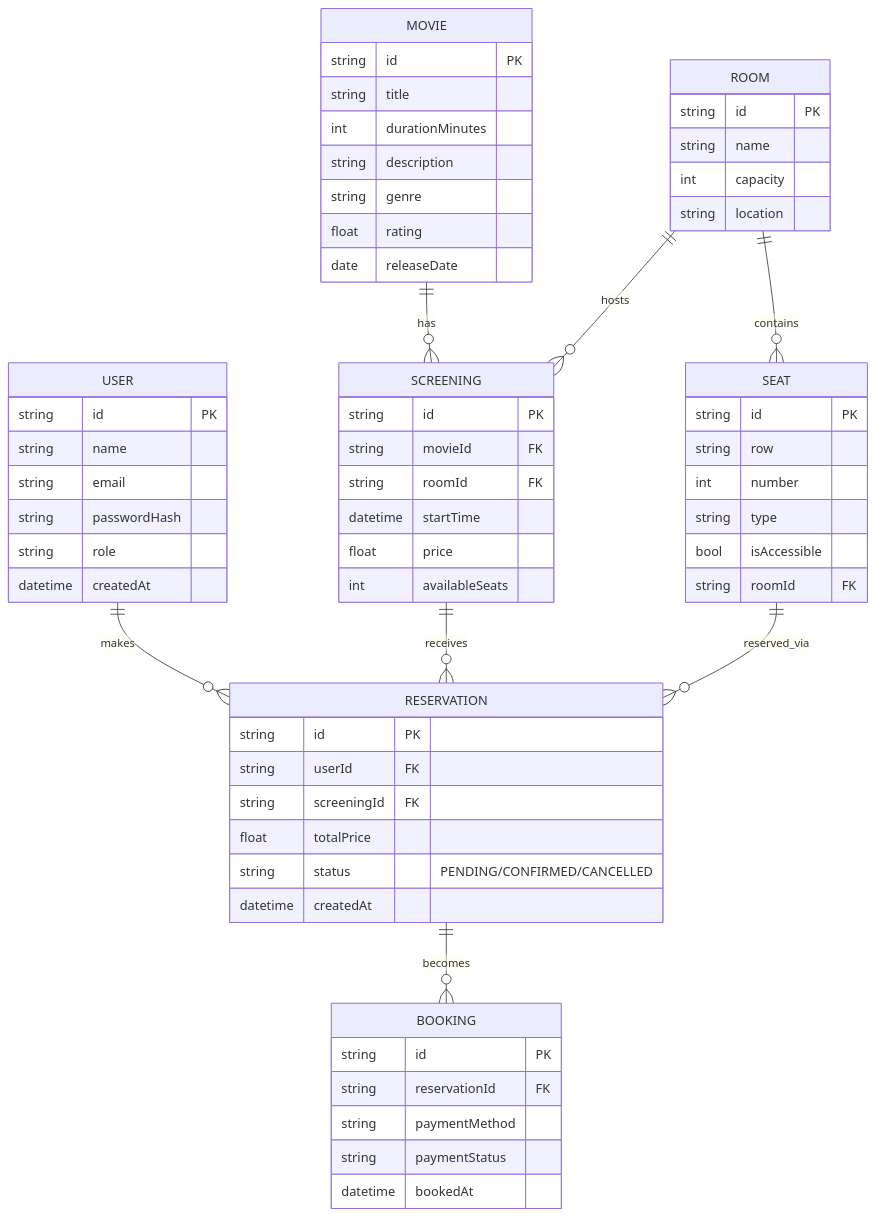
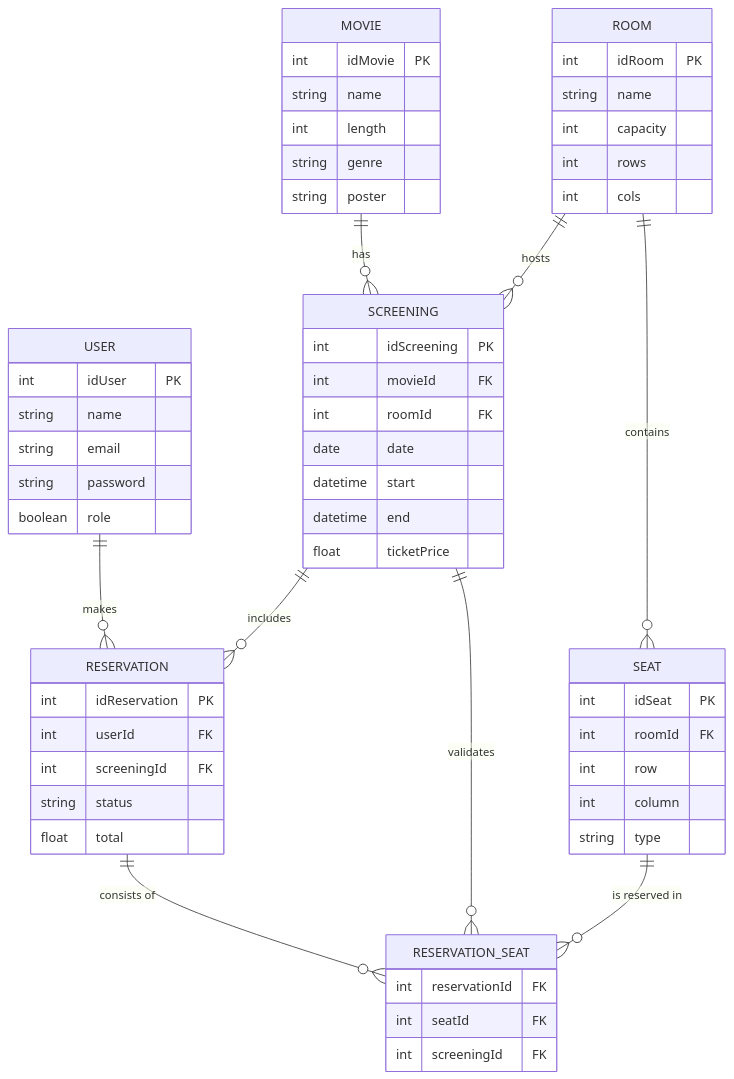
One commit to FrancoJulianRossi/Trabajo-Final-Integrador changed the second of 3 diagrams in README.md. Above: the diagram before and after it, drawn with Mermaid. The commit also changed other lines of this file and 3 other files, not shown here.

````diff
--- a/README.md
+++ b/README.md
@@ -82,72 +72,61 @@
 ```mermaid
 erDiagram
-  USER {
-    string id PK 
-    string name
-    string email
-    string passwordHash
-    string role
-    datetime createdAt
-  }
+    USER ||--o{ RESERVATION : "makes"
+    MOVIE ||--o{ SCREENING : "has"
+    ROOM ||--o{ SCREENING : "hosts"
+    ROOM ||--o{ SEAT : "contains"
+    SCREENING ||--o{ RESERVATION : "includes"
+    RESERVATION ||--o{ RESERVATION_SEAT : "consists of"
+    SEAT ||--o{ RESERVATION_SEAT : "is reserved in"
+    SCREENING ||--o{ RESERVATION_SEAT : "validates"
 
-  MOVIE {
-    string id PK 
-    string title
-    int durationMinutes
-    string description
-    string genre
-    float rating
-    date releaseDate
-  }
-
-  ROOM {
-    string id PK 
-    string name
-    int capacity
-    string location
-  }
-
-  SEAT {
-    string id PK 
-    string row
-    int number
-    string type
-    bool isAccessible
-    string roomId FK
-  }
-
-  SCREENING {
-    string id PK 
-    string movieId FK
-    string roomId FK
-    datetime startTime
-    float price
-    int availableSeats
-  }
-
-  RESERVATION {
-    string id PK 
-    string userId FK
-    string screeningId FK
-    float totalPrice
-    string status "PENDING/CONFIRMED/CANCELLED"
-    datetime createdAt
-  }
-
-  BOOKING {
-    string id PK 
-    string reservationId FK
-    string paymentMethod
-    string paymentStatus
-    datetime bookedAt
-  }
-
-  %% Relaciones
-  USER ||--o{ RESERVATION : "makes"
-  MOVIE ||--o{ SCREENING : "has"
-  ROOM ||--o{ SCREENING : "hosts"
-  ROOM ||--o{ SEAT : "contains"
-  SCREENING ||--o{ RESERVATION : "receives"
-  RESERVATION ||--o{ BOOKING : "becomes"
-  SEAT ||--o{ RESERVATION : "reserved_via" 
+    USER {
+        int idUser PK
+        string name
+        string email
+        string password
+        boolean role
+    }
+    MOVIE {
+        int idMovie PK
+        string name
+        int length
+        string genre
+        string poster
+    }
+    ROOM {
+        int idRoom PK
+        string name
+        int capacity
+        int rows
+        int cols
+    }
+    SEAT {
+        int idSeat PK
+        int roomId FK
+        int row
+        int column
+        string type
+    }
+    SCREENING {
+        int idScreening PK
+        int movieId FK
+        int roomId FK
+        date date
+        datetime start
+        datetime end
+        float ticketPrice
+    }
+    RESERVATION {
+        int idReservation PK
+        int userId FK
+        int screeningId FK
+        string status
+        float total
+    }
+    RESERVATION_SEAT {
+        int reservationId FK
+        int seatId FK
+        int screeningId FK
+    }
 ```
````
